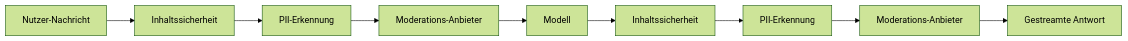
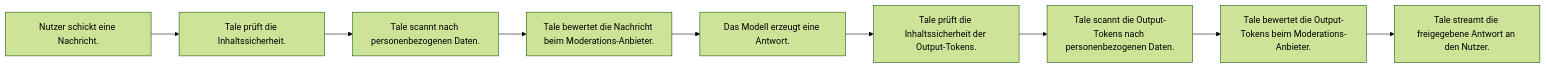
The diagram in docs/de/platform/admin/governance.md (tale-project/tale), drawn with Mermaid (forest theme) before and after one commit. The commit also changed 20 other files, not shown here.

````diff
--- a/docs/de/platform/admin/governance.md
+++ b/docs/de/platform/admin/governance.md
@@ -46,11 +46,11 @@
 ```mermaid
 flowchart LR
-  user[Nutzer-Nachricht] --> chatFilter[Inhaltssicherheit]
-  chatFilter --> pii[PII-Erkennung]
-  pii --> moderation[Moderations-Anbieter]
-  moderation --> model[Modell]
-  model --> outChatFilter[Inhaltssicherheit]
-  outChatFilter --> outPii[PII-Erkennung]
-  outPii --> outModeration[Moderations-Anbieter]
-  outModeration --> reply[Gestreamte Antwort]
+  user["Nutzer schickt eine Nachricht."] --> chatFilter["Tale prüft die Inhaltssicherheit."]
+  chatFilter --> pii["Tale scannt nach personenbezogenen Daten."]
+  pii --> moderation["Tale bewertet die Nachricht beim Moderations-Anbieter."]
+  moderation --> model["Das Modell erzeugt eine Antwort."]
+  model --> outChatFilter["Tale prüft die Inhaltssicherheit der Output-Tokens."]
+  outChatFilter --> outPii["Tale scannt die Output-Tokens nach personenbezogenen Daten."]
+  outPii --> outModeration["Tale bewertet die Output-Tokens beim Moderations-Anbieter."]
+  outModeration --> reply["Tale streamt die freigegebene Antwort an den Nutzer."]
 ```
````
